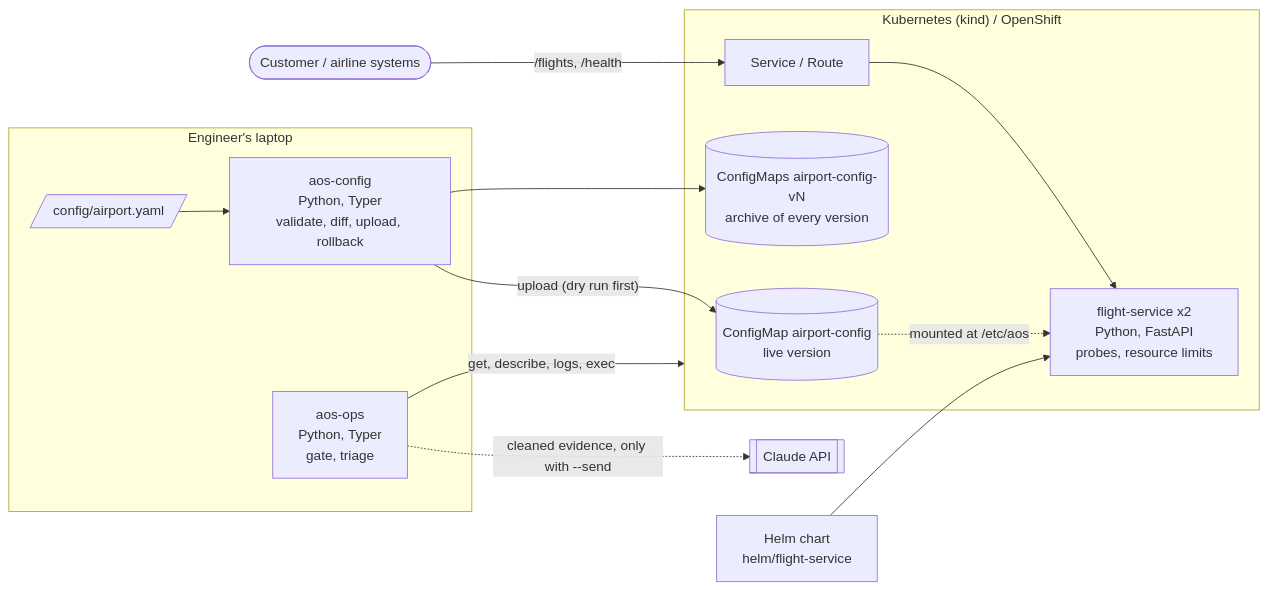
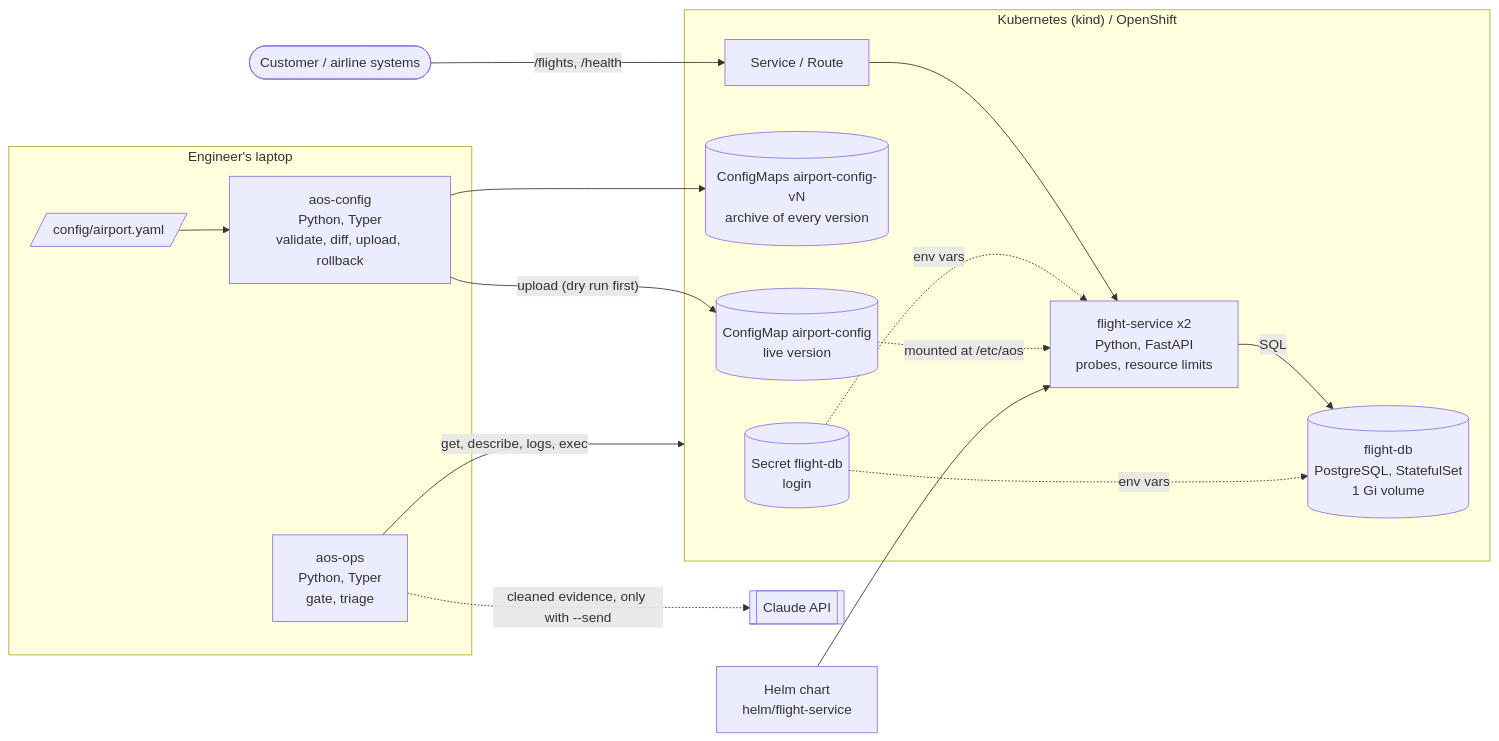
One commit to enezihe/aos-commissioning-kit changed the diagram in docs/architecture/c4-containers.md. Above: the diagram before and after it, drawn with Mermaid. The commit also changed other lines of this file and 16 other files, not shown here.

First line of the commit message:
Store flights in PostgreSQL so replicas share data (#16)

````diff
--- a/docs/architecture/c4-containers.md
+++ b/docs/architecture/c4-containers.md
@@ -5,25 +5,30 @@
 ```mermaid
 flowchart LR
   subgraph Laptop["Engineer's laptop"]
     CFG[/"config/airport.yaml"/]
     CONFIGCLI["aos-config<br/>Python, Typer<br/>validate, diff, upload, rollback"]
     OPSCLI["aos-ops<br/>Python, Typer<br/>gate, triage"]
   end
 
   subgraph Cluster["Kubernetes (kind) / OpenShift"]
     CM[("ConfigMap airport-config<br/>live version")]
     ARCH[("ConfigMaps airport-config-vN<br/>archive of every version")]
     SVC["Service / Route"]
     POD["flight-service x2<br/>Python, FastAPI<br/>probes, resource limits"]
+    DB[("flight-db<br/>PostgreSQL, StatefulSet<br/>1 Gi volume")]
+    SEC[("Secret flight-db<br/>login")]
     SVC --> POD
+    POD -->|"SQL"| DB
+    SEC -. "env vars" .-> POD
+    SEC -. "env vars" .-> DB
     CM -. "mounted at /etc/aos" .-> POD
   end
 
   HELM["Helm chart<br/>helm/flight-service"] --> POD
   CFG --> CONFIGCLI
   CONFIGCLI -->|"upload (dry run first)"| CM
   CONFIGCLI --> ARCH
   OPSCLI -->|"get, describe, logs, exec"| Cluster
   OPSCLI -.->|"cleaned evidence, only with --send"| CLAUDE[["Claude API"]]
   CUSTOMER(["Customer / airline systems"]) -->|"/flights, /health"| SVC
 ```
````
